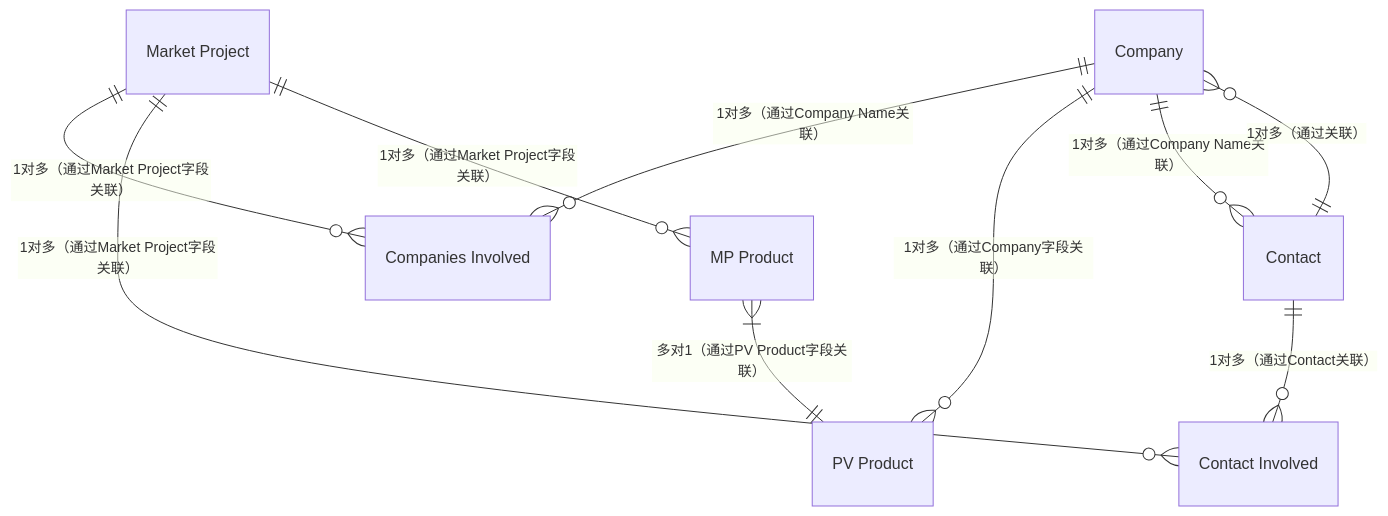
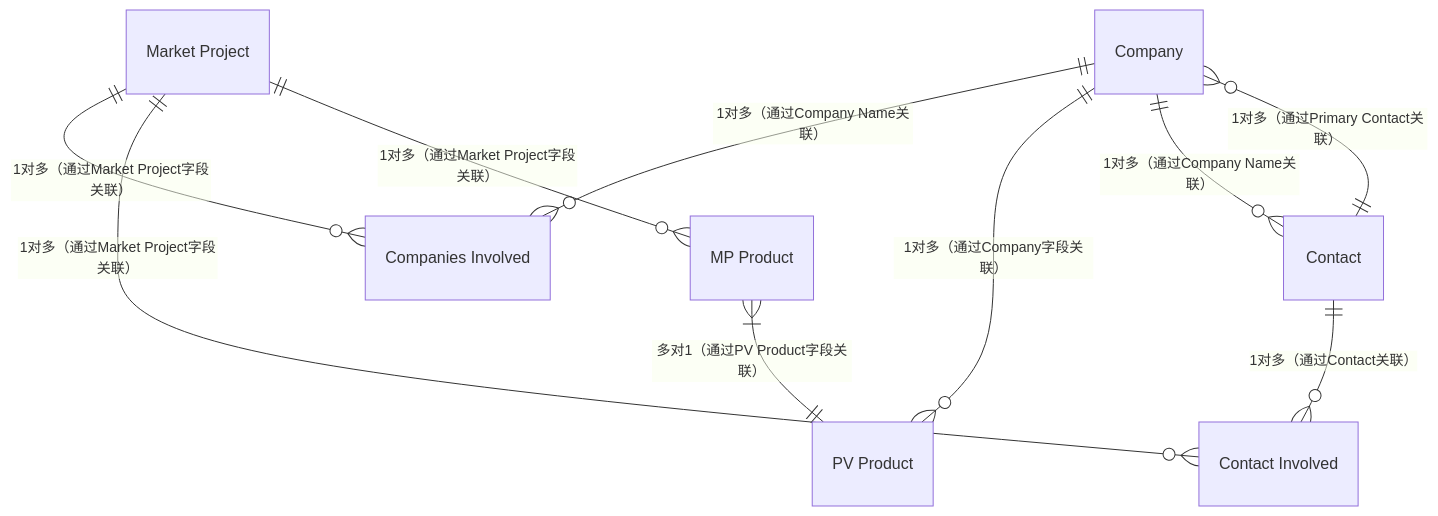
Before and after one commit to zhangziru-33/iodraw-files: the diagram in all/Norden数据E-R图.md, drawn with Mermaid.

Commit message:
2025-12-04 13:25:09 update

````diff
--- a/all/Norden数据E-R图.md
+++ b/all/Norden数据E-R图.md
@@ -1,14 +1,14 @@
 ```mermaid
 %% {init: {'theme': 'base', 'themeVariables': {'background': '#ffffff'}}}%%
 erDiagram
     Company ||--o{ "Companies Involved" : "1对多（通过Company Name关联）"
     Company ||--o{ "PV Product" : "1对多（通过Company字段关联）"
     Company ||--o{ "Contact" : "1对多（通过Company Name关联）"
     "Market Project" ||--o{ "Companies Involved" : "1对多（通过Market Project字段关联）"
     "Market Project" ||--o{ "Contact Involved" : "1对多（通过Market Project字段关联）"
     "Market Project" ||--o{ "MP Product" : "1对多（通过Market Project字段关联）"
     "MP Product" }|--|| "PV Product" : "多对1（通过PV Product字段关联）"
     Contact ||--o{ "Contact Involved" : "1对多（通过Contact关联）"
-    Contact ||--o{ "Company" : "1对多（通过关联）"
+    Contact ||--o{ "Company" : "1对多（通过Primary Contact关联）"
 
 ```
````
